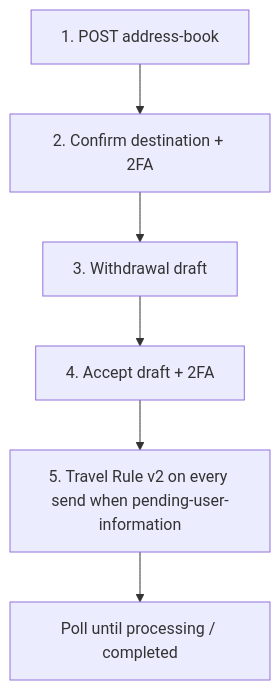
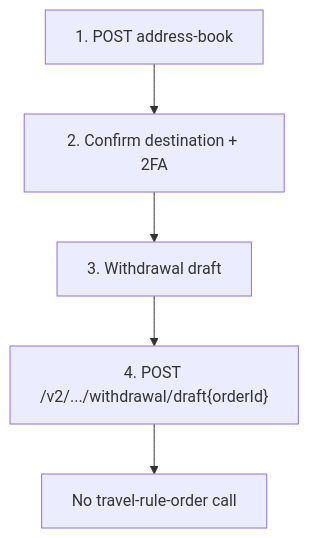
Before and after one commit to api-commits/docs: the diagram in partner/withdrawals-address-book.mdx, drawn with Mermaid. The commit also changed other lines of this file and 6 other files, not shown here.

````diff
--- a/partner/withdrawals-address-book.mdx
+++ b/partner/withdrawals-address-book.mdx
@@ -25,8 +25,7 @@
 ```mermaid
 flowchart TD
   A[1. POST address-book] --> B[2. Confirm destination + 2FA]
   B --> C[3. Withdrawal draft]
-  C --> D[4. Accept draft + 2FA]
-  D --> E[5. Travel Rule v2 on every send when pending-user-information]
-  E --> F[Poll until processing / completed]
+  C --> D["4. POST /v2/.../withdrawal/draft{orderId}"]
+  D --> E[No travel-rule-order call]
 ```
````
